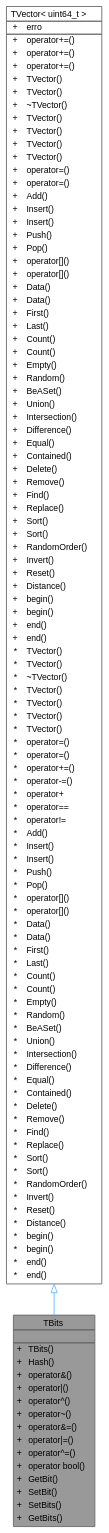
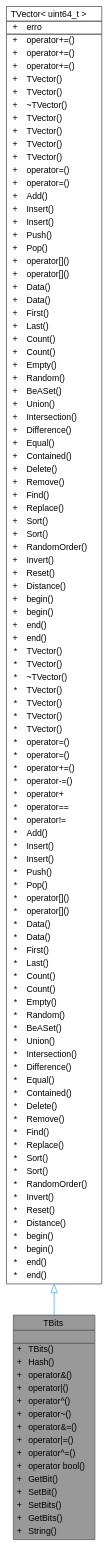
Before and after one commit to jcoelho72/TProcura: the diagram in classTBits__inherit__graph.dot, drawn with Graphviz. The commit also changed 44 other files, not shown here.

```diff
--- a/classTBits__inherit__graph.dot
+++ b/classTBits__inherit__graph.dot
@@ -22,6 +22,7 @@
 <TR><TD VALIGN="top" CELLPADDING="1" CELLSPACING="0">+</TD><TD VALIGN="top" ALIGN="LEFT" CELLPADDING="1" CELLSPACING="0">SetBit()<BR ALIGN="LEFT"/></TD></TR>
 <TR><TD VALIGN="top" CELLPADDING="1" CELLSPACING="0">+</TD><TD VALIGN="top" ALIGN="LEFT" CELLPADDING="1" CELLSPACING="0">SetBits()<BR ALIGN="LEFT"/></TD></TR>
 <TR><TD VALIGN="top" CELLPADDING="1" CELLSPACING="0">+</TD><TD VALIGN="top" ALIGN="LEFT" CELLPADDING="1" CELLSPACING="0">GetBits()<BR ALIGN="LEFT"/></TD></TR>
+<TR><TD VALIGN="top" CELLPADDING="1" CELLSPACING="0">+</TD><TD VALIGN="top" ALIGN="LEFT" CELLPADDING="1" CELLSPACING="0">String()<BR ALIGN="LEFT"/></TD></TR>
 </TABLE>>
 ,height=0.2,width=0.4,color="gray40", fillcolor="grey60", style="filled", fontcolor="black",tooltip=" "];
   Node2 -> Node1 [id="edge1_Node000001_Node000002",dir="back",color="steelblue1",style="solid",tooltip=" ",arrowtail="onormal"];
```
